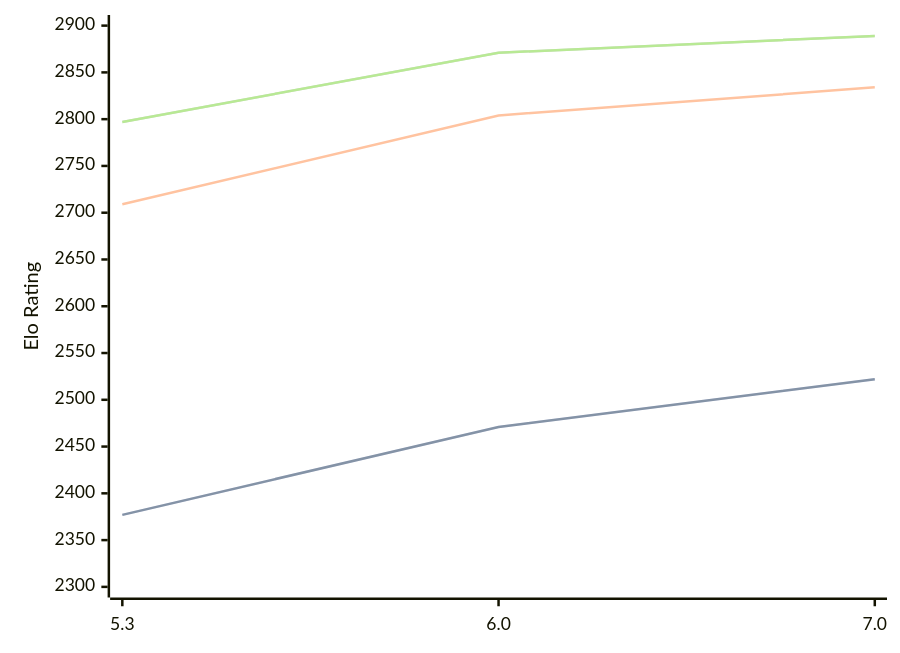
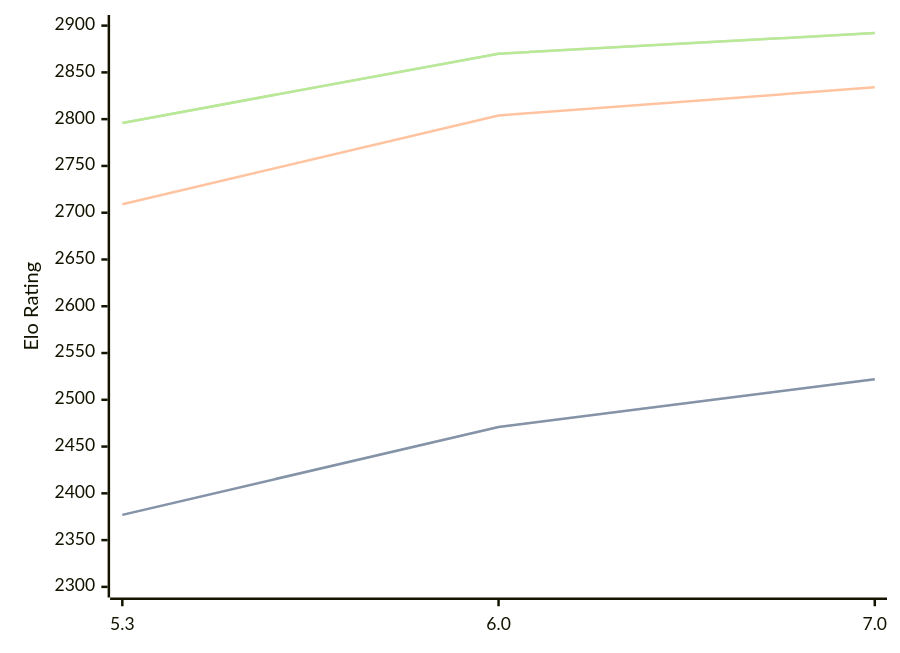
The diagram in engines/tomitankChess.md (computer-chess-index/cci), drawn with Mermaid before and after one commit. The commit also changed other lines of this file, not shown here.

Commit message:
Update CCI Ratings (ELO VLTC) - 2026-08-06

````diff
--- a/engines/tomitankChess.md
+++ b/engines/tomitankChess.md
@@ -41,11 +41,11 @@
 ```mermaid
 %%{init: {"theme":"base","themeVariables":{"seriesColors:['#a3a3a3','#222221','#faa371']}}}%%
 xychart-beta
   x-axis ["5.3", "6.0", "7.0"]
   y-axis "Elo Rating" 2300 --> 2900
   line "STC (8.0+0.08s)" [2377, 2471, 2522]
   line "STC (8.0+0.08s)" [2377, 2471, 2522]
   line "LTC (60.0+0.60s)" [2709, 2804, 2834]
-  line "VLTC (2m24s+1.12s)" [2797, 2871, 2889]
-  line "VLTC (2m24s+1.12s)" [2797, 2871, 2889]
+  line "VLTC (2m24s+1.12s)" [2796, 2870, 2892]
+  line "VLTC (2m24s+1.12s)" [2796, 2870, 2892]
 ```
````
